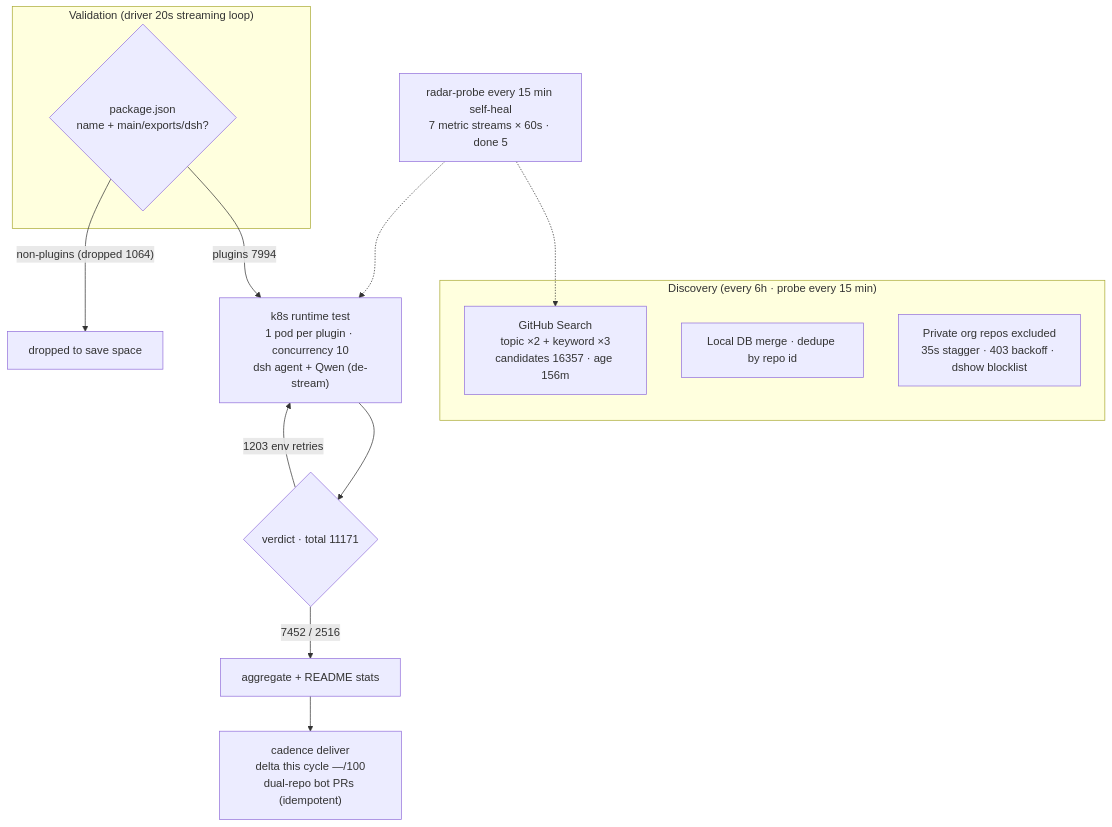
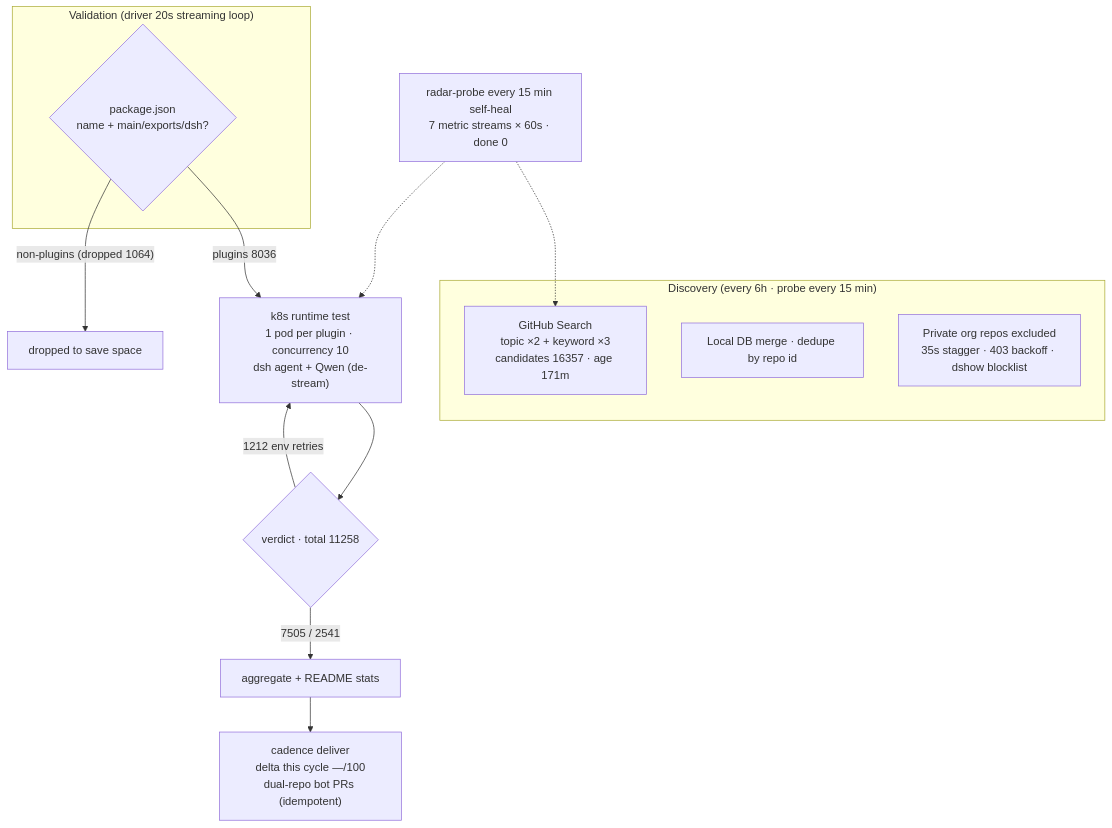
The diagram in README.en-US.md (AdamPlatin123/awesome-dsh-plugins), drawn with Mermaid before and after one commit. The commit also changed other lines of this file and 5 other files, not shown here.

````diff
--- a/README.en-US.md
+++ b/README.en-US.md
@@ -45,20 +45,20 @@
 ```mermaid
 flowchart TB
     subgraph Discovery["Discovery (every 6h · probe every 15 min)"]
-        A1["GitHub Search<br/>topic ×2 + keyword ×3<br/>candidates 16357 · age 156m"]
+        A1["GitHub Search<br/>topic ×2 + keyword ×3<br/>candidates 16357 · age 171m"]
         A2["Local DB merge · dedupe by repo id"]
         A3["Private org repos excluded<br/>35s stagger · 403 backoff · dshow blocklist"]
     end
     subgraph Validation["Validation (driver 20s streaming loop)"]
         B1{"package.json<br/>name + main/exports/dsh?"}
     end
-    B1 -->|"plugins 7994"| C1["k8s runtime test<br/>1 pod per plugin · concurrency 10<br/>dsh agent + Qwen (de-stream)"]
+    B1 -->|"plugins 8036"| C1["k8s runtime test<br/>1 pod per plugin · concurrency 10<br/>dsh agent + Qwen (de-stream)"]
     B1 -->|"non-plugins (dropped 1064)"| B3["dropped to save space"]
-    C1 --> D1{"verdict · total 11171"}
-    D1 -->|"7452 / 2516"| E1["aggregate + README stats"]
-    D1 -->|"1203 env retries"| C1
+    C1 --> D1{"verdict · total 11258"}
+    D1 -->|"7505 / 2541"| E1["aggregate + README stats"]
+    D1 -->|"1212 env retries"| C1
     E1 --> E2["cadence deliver<br/>delta this cycle —/100<br/>dual-repo bot PRs (idempotent)"]
-    M["radar-probe every 15 min self-heal<br/>7 metric streams × 60s · done 5"]
+    M["radar-probe every 15 min self-heal<br/>7 metric streams × 60s · done 0"]
     M -.-> A1
     M -.-> C1
 ```
````
